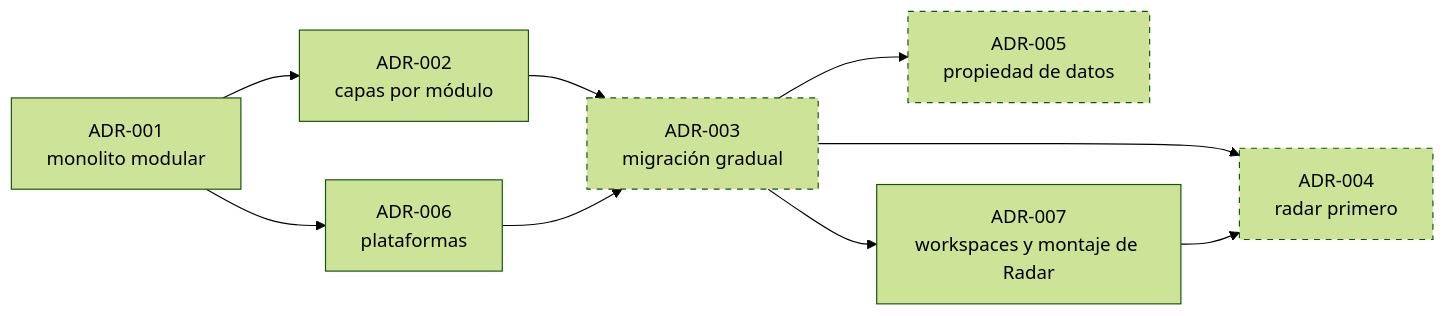
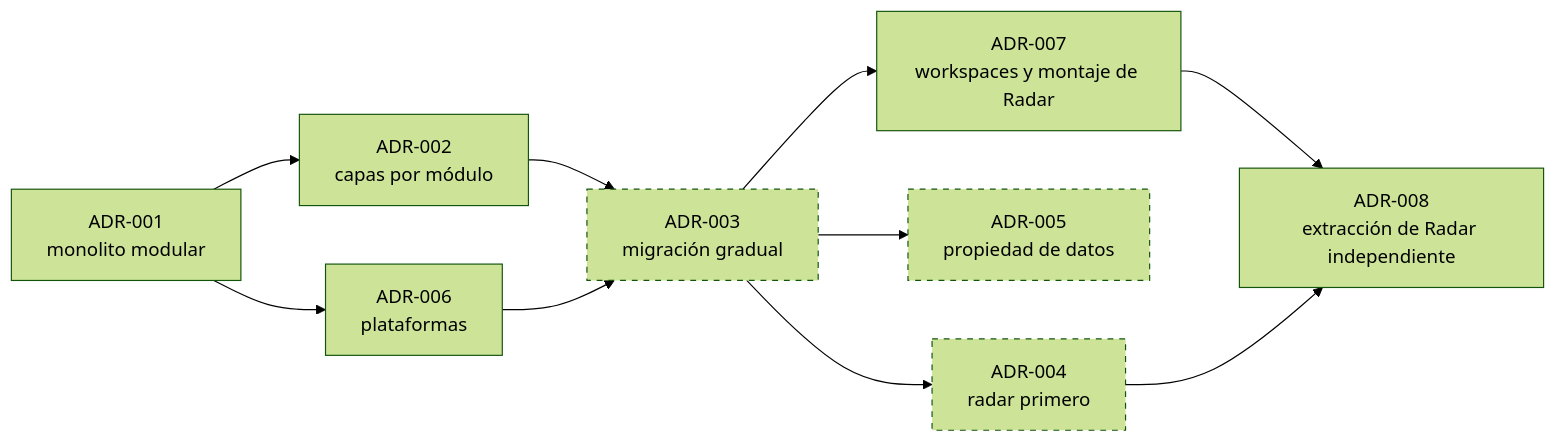
The diagram in docs/06-decisiones-arquitectonicas/README.md (pillacarodriguezuriel-a11y/social_unsch), drawn with Mermaid (forest theme) before and after one commit. The commit also changed other lines of this file and 7 other files, not shown here.

````diff
--- a/docs/06-decisiones-arquitectonicas/README.md
+++ b/docs/06-decisiones-arquitectonicas/README.md
@@ -30,14 +31,15 @@
 ```mermaid
 flowchart LR
     A1["ADR-001<br/>monolito modular"] --> A2["ADR-002<br/>capas por módulo"]
     A1 --> A6["ADR-006<br/>plataformas"]
     A2 --> A3["ADR-003<br/>migración gradual"]
     A6 --> A3
     A3 --> A4["ADR-004<br/>radar primero"]
     A3 --> A5["ADR-005<br/>propiedad de datos"]
     A3 --> A7["ADR-007<br/>workspaces y montaje de Radar"]
-    A7 --> A4
+    A7 --> A8["ADR-008<br/>extracción de Radar independiente"]
+    A4 --> A8
 
     classDef propuesto stroke-dasharray: 5 5
     class A3,A4,A5 propuesto
 ```
````
